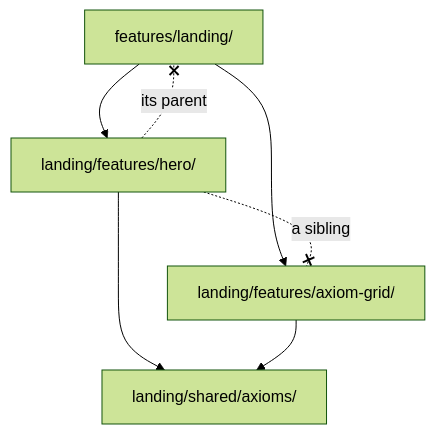
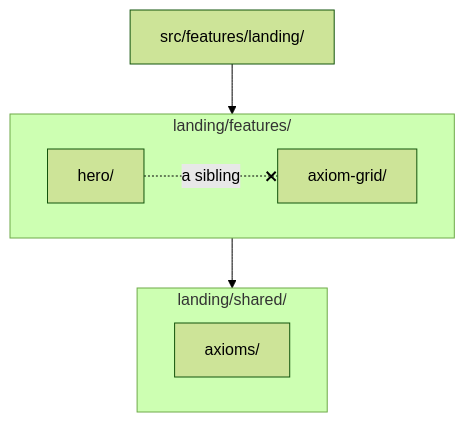
The second of 2 diagrams in site/docs/architecture.md (Elnop/brutalway), drawn with Mermaid (forest theme) before and after one commit. The commit also changed 1 other file, not shown here.

Commit message:
docs: lay the layer diagrams out by layer, one level at a time (#122)

````diff
--- a/site/docs/architecture.md
+++ b/site/docs/architecture.md
@@ -27,9 +27,13 @@
 ```mermaid
 flowchart TB
-  parent["features/landing/"] --> hero["landing/features/hero/"]
-  parent --> grid["landing/features/axiom-grid/"]
-  hero --> axioms["landing/shared/axioms/"]
-  grid --> axioms
-  hero -. a sibling .-x grid
-  hero -. its parent .-x parent
+  parent["src/features/landing/"]
+  subgraph subFeatures["landing/features/"]
+    direction LR
+    hero["hero/"] -. a sibling .-x grid["axiom-grid/"]
+  end
+  subgraph slices["landing/shared/"]
+    axioms["axioms/"]
+  end
+  parent --> subFeatures
+  subFeatures --> slices
 ```
````
